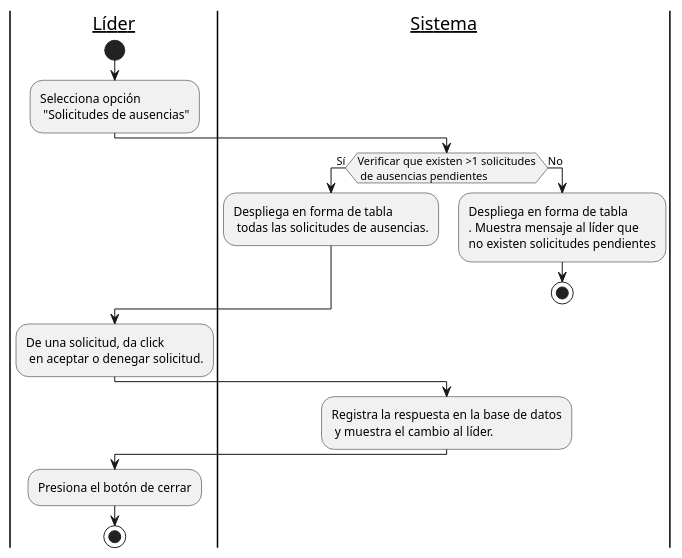
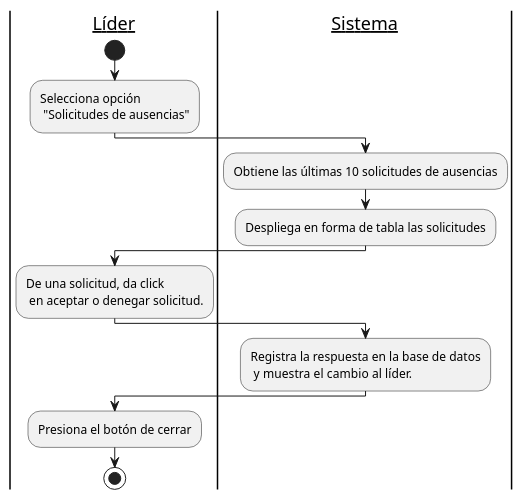
One commit to EdCanCe/WorkCells changed the diagram in diagrams/Casos de Uso/Mauricio/diagrama de actividad/CU01.puml. Above: the diagram before and after it, drawn with PlantUML. The commit also changed 4 other files, not shown here.

```diff
--- a/diagrams/Casos de Uso/Mauricio/diagrama de actividad/CU01.puml
+++ b/diagrams/Casos de Uso/Mauricio/diagrama de actividad/CU01.puml
@@ -1,26 +1,23 @@
 @startuml CU01 - Líder consulta solicitudes de vacaciones de colaborador - Diagrama de actividad
 
 |__Líder__|
 start
 :Selecciona opción\n "Solicitudes de ausencias";
 
 |__Sistema__|
-if(Verificar que existen >1 solicitudes\n de ausencias pendientes) then (Sí)
-    :Despliega en forma de tabla\n todas las solicitudes de ausencias.;
-else (No)
-    :Despliega en forma de tabla\n. Muestra mensaje al líder que\nno existen solicitudes pendientes;
-    stop
-endif
+:Obtiene las últimas 10 solicitudes de ausencias;
+
+:Despliega en forma de tabla las solicitudes;
 
 |__Líder__|
 :De una solicitud, da click\n en aceptar o denegar solicitud.;
 
 |__Sistema__|
 :Registra la respuesta en la base de datos\n y muestra el cambio al líder.;
 
 |__Líder__|
 :Presiona el botón de cerrar;
 
 stop
 
 @enduml
```
